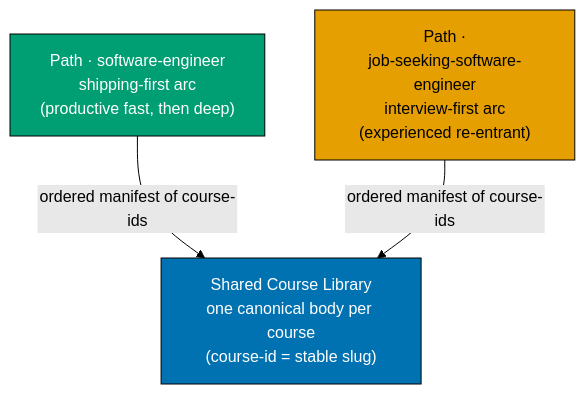
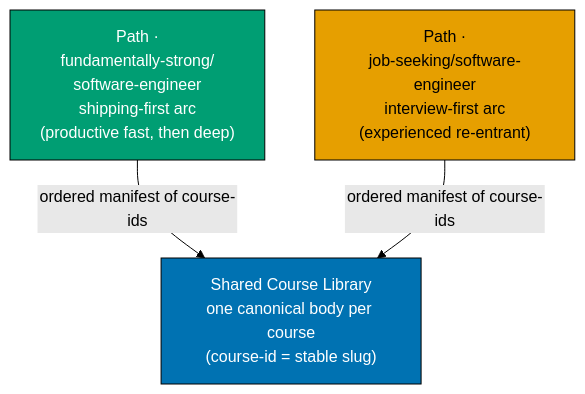
The first of 2 diagrams in plans/backlog/2026-07-18__fundamentally-strong-shared-course-tracks/README.md (wahidyankf/baseerah), drawn with Mermaid (forest theme) before and after one commit. The commit also changed other lines of this file and 122 other files, not shown here.

````diff
--- a/plans/backlog/2026-07-18__fundamentally-strong-shared-course-tracks/README.md
+++ b/plans/backlog/2026-07-18__fundamentally-strong-shared-course-tracks/README.md
@@ -11,12 +11,12 @@
 ```mermaid
 flowchart TD
     LIB["Shared Course Library<br/>one canonical body per course<br/>(course-id = stable slug)"]:::lib
-    SE["Path · software-engineer<br/>shipping-first arc<br/>(productive fast, then deep)"]:::se
-    JS["Path ·<br/>job-seeking-software-engineer<br/>interview-first arc<br/>(experienced re-entrant)"]:::js
+    SE["Path ·<br/>fundamentally-strong/<br/>software-engineer<br/>shipping-first arc<br/>(productive fast, then deep)"]:::se
+    JS["Path ·<br/>job-seeking/software-engineer<br/>interview-first arc<br/>(experienced re-entrant)"]:::js
     SE -->|ordered manifest of course-ids| LIB
     JS -->|ordered manifest of course-ids| LIB
 
     classDef lib fill:#0072B2,stroke:#000,color:#fff
     classDef se fill:#009E73,stroke:#000,color:#fff
     classDef js fill:#E69F00,stroke:#000,color:#000
 ```
````
